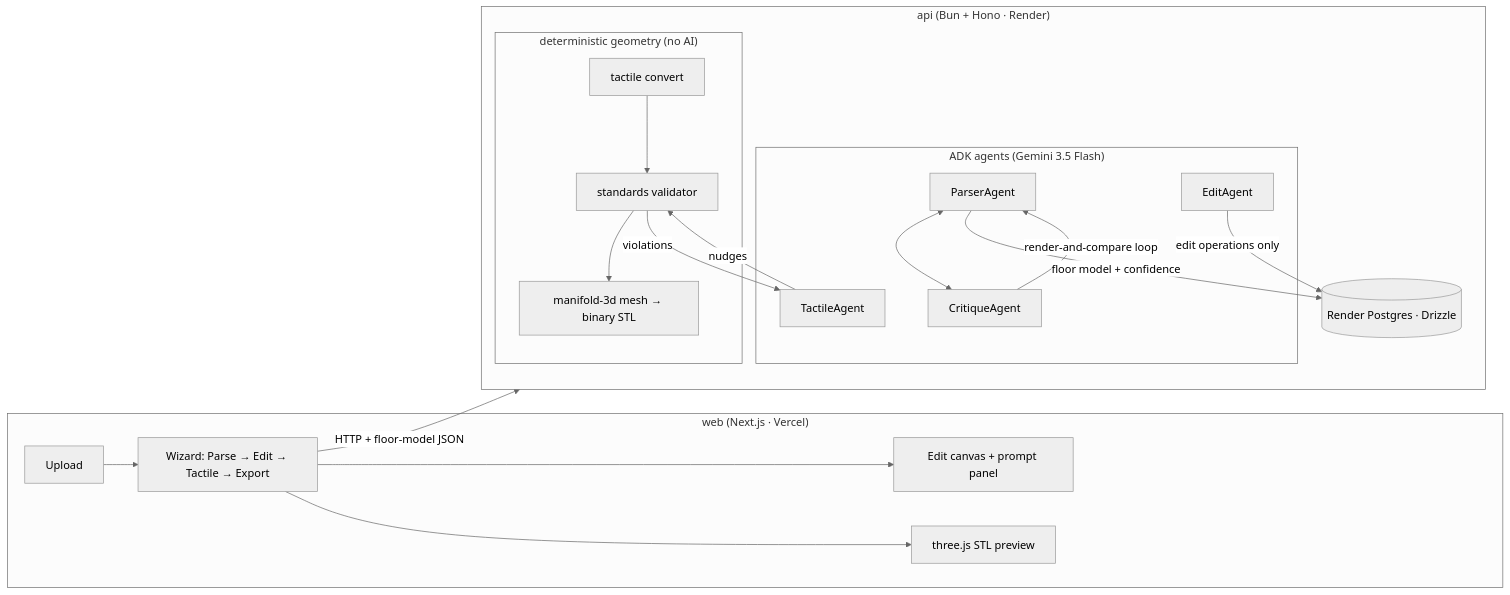
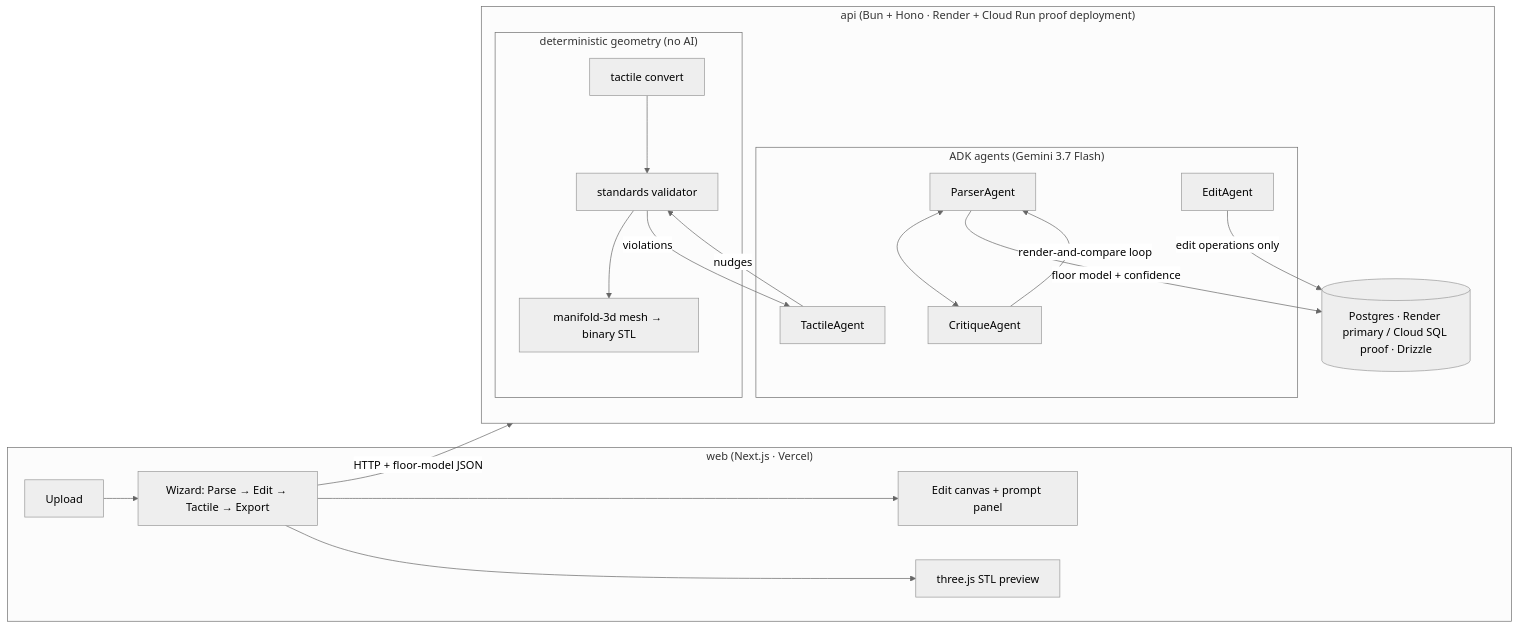
Before and after one commit to vimzh/bumps: the diagram in README.md, drawn with Mermaid (neutral theme). The commit also changed other lines of this file and 11 other files, not shown here.

Commit message:
Add verified Google Cloud deployment

````diff
--- a/README.md
+++ b/README.md
@@ -11,26 +11,26 @@
 ```mermaid
 flowchart LR
   subgraph web["web (Next.js · Vercel)"]
     U[Upload] --> W[Wizard: Parse → Edit → Tactile → Export]
     W --> C[Edit canvas + prompt panel]
     W --> P3[three.js STL preview]
   end
-  subgraph api["api (Bun + Hono · Render)"]
-    subgraph agents["ADK agents (Gemini 3.5 Flash)"]
+  subgraph api["api (Bun + Hono · Render + Cloud Run proof deployment)"]
+    subgraph agents["ADK agents (Gemini 3.7 Flash)"]
       PA[ParserAgent] <--> CA[CritiqueAgent]
       EA[EditAgent]
       TA[TactileAgent]
     end
     subgraph geometry["deterministic geometry (no AI)"]
       TC[tactile convert] --> V[standards validator]
       V --> M[manifold-3d mesh → binary STL]
     end
-    DB[(Render Postgres · Drizzle)]
+    DB[(Postgres · Render primary / Cloud SQL proof · Drizzle)]
   end
   W -->|HTTP + floor-model JSON| api
   PA -->|floor model + confidence| DB
   CA -->|render-and-compare loop| PA
   EA -->|edit operations only| DB
   TA -->|nudges| V
   V -->|violations| TA
 ```
````
